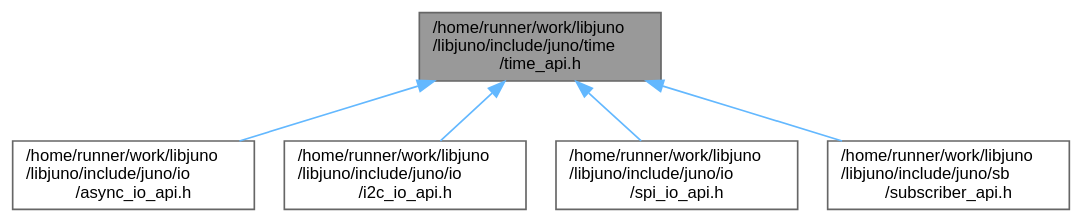
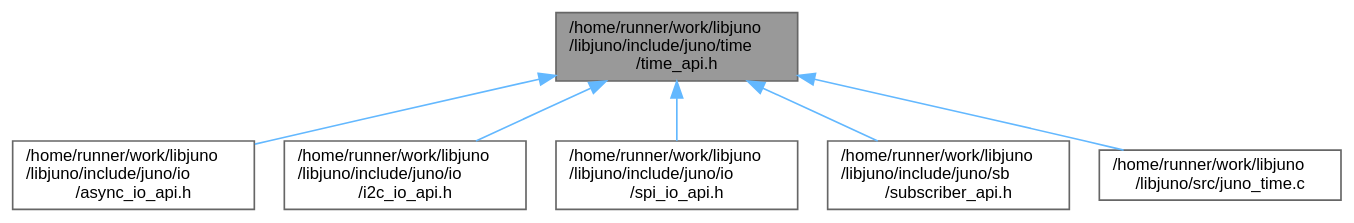
The diagram in time__api_8h__dep__incl.dot (robinonsay/libjuno), drawn with Graphviz before and after one commit. The commit also changed 194 other files, not shown here.

```diff
--- a/time__api_8h__dep__incl.dot
+++ b/time__api_8h__dep__incl.dot
@@ -1,16 +1,18 @@
 digraph "/home/runner/work/libjuno/libjuno/include/juno/time/time_api.h"
 {
  // LATEX_PDF_SIZE
   bgcolor="transparent";
   edge [fontname=Helvetica,fontsize=10,labelfontname=Helvetica,labelfontsize=10];
   node [fontname=Helvetica,fontsize=10,shape=box,height=0.2,width=0.4];
   Node1 [id="Node000001",label="/home/runner/work/libjuno\l/libjuno/include/juno/time\l/time_api.h",height=0.2,width=0.4,color="gray40", fillcolor="grey60", style="filled", fontcolor="black",tooltip=" "];
   Node1 -> Node2 [id="edge1_Node000001_Node000002",dir="back",color="steelblue1",style="solid",tooltip=" "];
   Node2 [id="Node000002",label="/home/runner/work/libjuno\l/libjuno/include/juno/io\l/async_io_api.h",height=0.2,width=0.4,color="grey40", fillcolor="white", style="filled",URL="$async__io__api_8h.html",tooltip=" "];
   Node1 -> Node3 [id="edge2_Node000001_Node000003",dir="back",color="steelblue1",style="solid",tooltip=" "];
   Node3 [id="Node000003",label="/home/runner/work/libjuno\l/libjuno/include/juno/io\l/i2c_io_api.h",height=0.2,width=0.4,color="grey40", fillcolor="white", style="filled",URL="$i2c__io__api_8h.html",tooltip=" "];
   Node1 -> Node4 [id="edge3_Node000001_Node000004",dir="back",color="steelblue1",style="solid",tooltip=" "];
   Node4 [id="Node000004",label="/home/runner/work/libjuno\l/libjuno/include/juno/io\l/spi_io_api.h",height=0.2,width=0.4,color="grey40", fillcolor="white", style="filled",URL="$spi__io__api_8h.html",tooltip=" "];
   Node1 -> Node5 [id="edge4_Node000001_Node000005",dir="back",color="steelblue1",style="solid",tooltip=" "];
   Node5 [id="Node000005",label="/home/runner/work/libjuno\l/libjuno/include/juno/sb\l/subscriber_api.h",height=0.2,width=0.4,color="grey40", fillcolor="white", style="filled",URL="$subscriber__api_8h.html",tooltip=" "];
+  Node1 -> Node6 [id="edge5_Node000001_Node000006",dir="back",color="steelblue1",style="solid",tooltip=" "];
+  Node6 [id="Node000006",label="/home/runner/work/libjuno\l/libjuno/src/juno_time.c",height=0.2,width=0.4,color="grey40", fillcolor="white", style="filled",URL="$juno__time_8c.html",tooltip=" "];
 }
```
